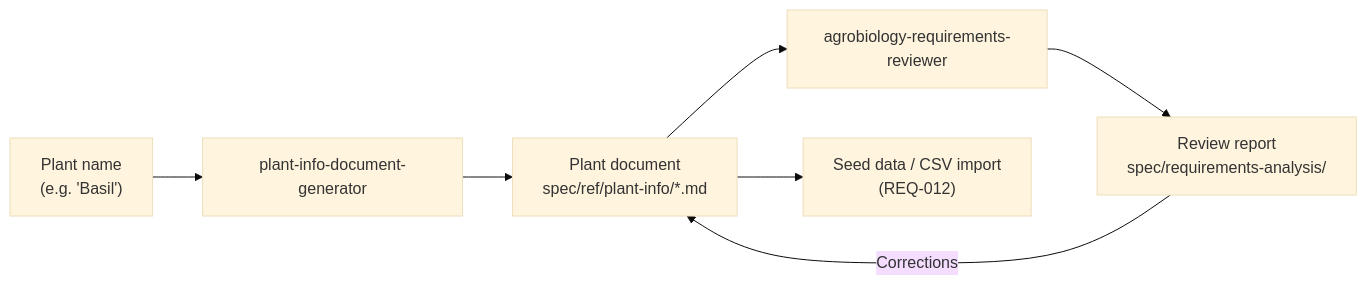
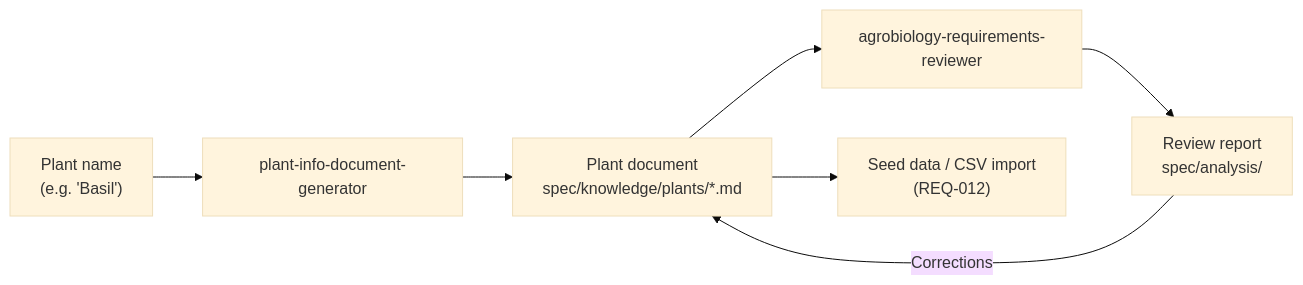
One commit to nolte/kamerplanter changed the diagram in docs/en/guides/ai-plant-data-pipeline.md. Above: the diagram before and after it, drawn with Mermaid (base theme). The commit also changed other lines of this file and 671 other files, not shown here.

````diff
--- a/docs/en/guides/ai-plant-data-pipeline.md
+++ b/docs/en/guides/ai-plant-data-pipeline.md
@@ -7,9 +7,9 @@
 ```mermaid
 flowchart LR
     A["Plant name\n(e.g. 'Basil')"] --> B["plant-info-document-generator"]
-    B --> C["Plant document\nspec/ref/plant-info/*.md"]
+    B --> C["Plant document\nspec/knowledge/plants/*.md"]
     C --> D["agrobiology-requirements-reviewer"]
-    D --> E["Review report\nspec/requirements-analysis/"]
+    D --> E["Review report\nspec/analysis/"]
     E -->|Corrections| C
     C --> F["Seed data / CSV import\n(REQ-012)"]
 ```
````
